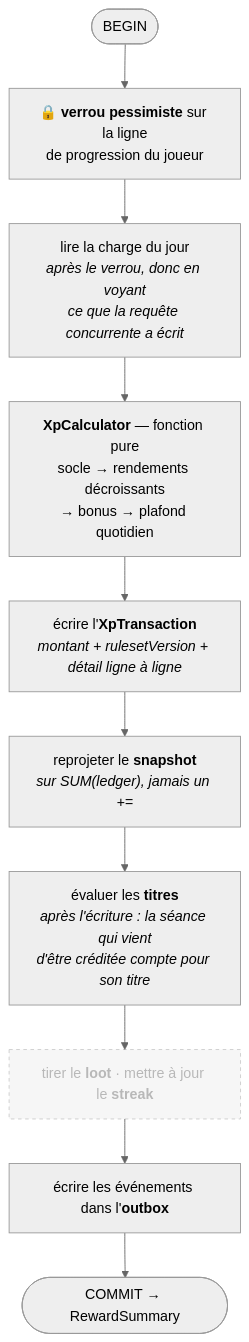
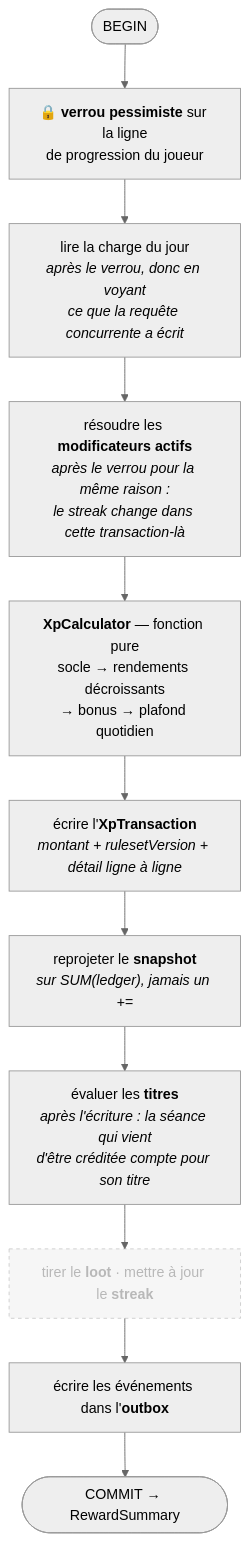
Before and after one commit to younesdiouri/grrind-back: the sixth of 11 diagrams in ARCHITECTURE.md, drawn with Mermaid (neutral theme). The commit also changed other lines of this file and 12 other files, not shown here.

````diff
--- a/ARCHITECTURE.md
+++ b/ARCHITECTURE.md
@@ -158,17 +191,18 @@
 ```mermaid
 flowchart TB
     start(["BEGIN"]) --> lock
 
     lock["🔒 <b>verrou pessimiste</b> sur la ligne<br/>de progression du joueur"]
     lock --> load["lire la charge du jour<br/><i>après le verrou, donc en voyant<br/>ce que la requête concurrente a écrit</i>"]
-    load --> calc["<b>XpCalculator</b> — fonction pure<br/>socle → rendements décroissants<br/>→ bonus → plafond quotidien"]
+    load --> mods["résoudre les <b>modificateurs actifs</b><br/><i>après le verrou pour la même raison :<br/>le streak change dans cette transaction-là</i>"]
+    mods --> calc["<b>XpCalculator</b> — fonction pure<br/>socle → rendements décroissants<br/>→ bonus → plafond quotidien"]
     calc --> ledger["écrire l'<b>XpTransaction</b><br/><i>montant + rulesetVersion + détail ligne à ligne</i>"]
     ledger --> snap["reprojeter le <b>snapshot</b><br/><i>sur SUM(ledger), jamais un +=</i>"]
     snap --> titles["évaluer les <b>titres</b><br/><i>après l'écriture : la séance qui vient<br/>d'être créditée compte pour son titre</i>"]
     titles --> loot["tirer le <b>loot</b> · mettre à jour le <b>streak</b>"]
     loot --> obx["écrire les événements dans l'<b>outbox</b>"]
     obx --> done(["COMMIT → RewardSummary"])
 
     classDef todo stroke-dasharray:4 4,opacity:0.5
     class loot todo
 ```
````
